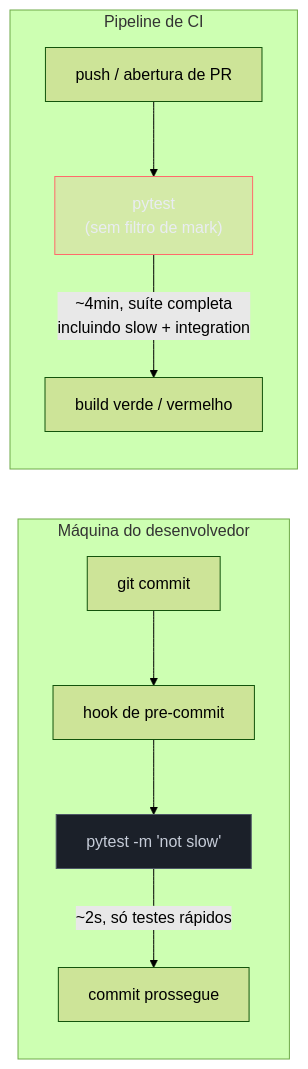
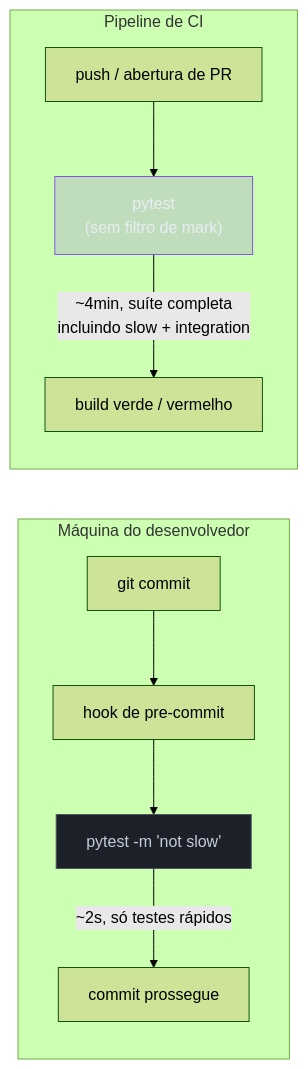
Before and after one commit to josenaldo/codex-technomanticus: the first of 2 diagrams in 03-Dominios/Tecnologia/Python/Testes/03 - Parametrização e organização de suíte.md, drawn with Mermaid (forest theme). The commit also changed other lines of this file and 601 other files, not shown here.

````diff
--- a/03-Dominios/Tecnologia/Python/Testes/03 - Parametrização e organização de suíte.md
+++ b/03-Dominios/Tecnologia/Python/Testes/03 - Parametrização e organização de suíte.md
@@ -307,18 +307,18 @@
 ```mermaid
 flowchart LR
+    classDef marca fill:#8855DF33,stroke:#8855DF,color:#E9ECF2
     classDef neutro fill:#1B2029,stroke:#4E5666,color:#C6CCD8
-    classDef falha fill:#FF6B6B24,stroke:#FF6B6B,color:#E9ECF2
     subgraph Local["Máquina do desenvolvedor"]
         C["git commit"] --> H["hook de pre-commit"]
         H --> P1["pytest -m 'not slow'"]
         P1 -->|"~2s, só testes rápidos"| OK1["commit prossegue"]
     end
 
     subgraph CI["Pipeline de CI"]
         PR["push / abertura de PR"] --> P2["pytest<br/>(sem filtro de mark)"]
         P2 -->|"~4min, suíte completa<br/>incluindo slow + integration"| OK2["build verde / vermelho"]
     end
 
     class P1 neutro
-    class P2 falha
+    class P2 marca
 ```
````
